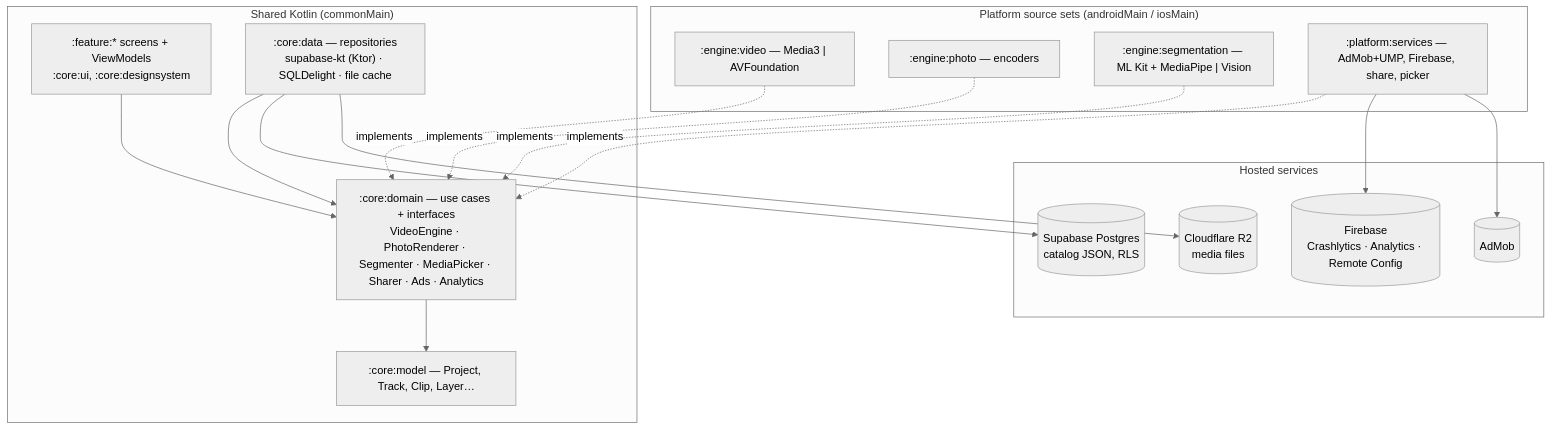
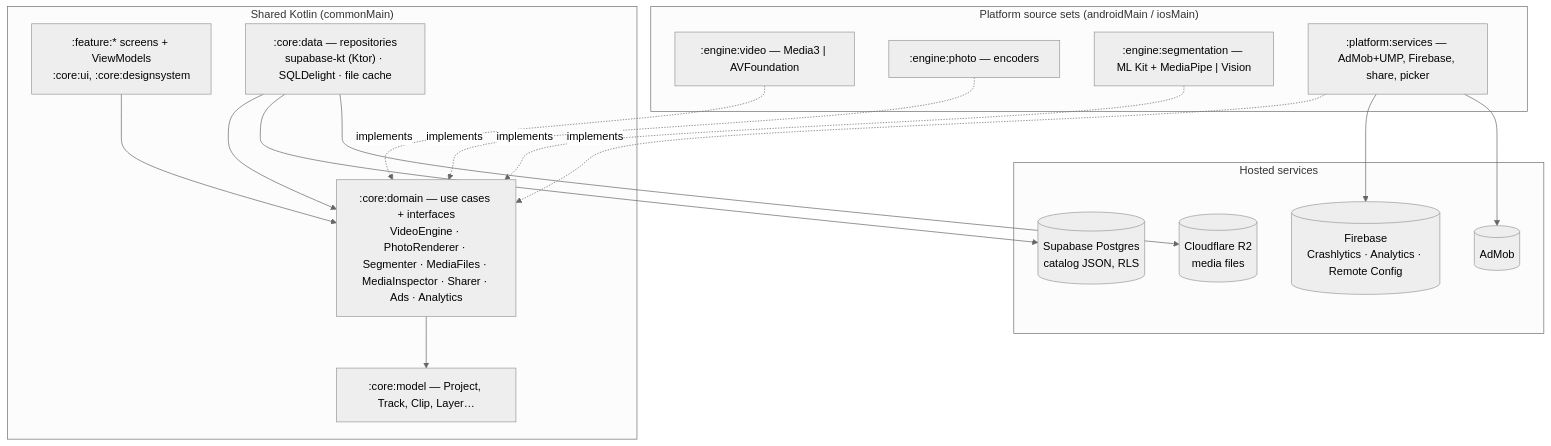
One commit to ahmadpahmiii/memix changed the diagram in docs/TECHNICAL_DESIGN.md. Above: the diagram before and after it, drawn with Mermaid (neutral theme). The commit also changed other lines of this file and 74 other files, not shown here.

````diff
--- a/docs/TECHNICAL_DESIGN.md
+++ b/docs/TECHNICAL_DESIGN.md
@@ -9,32 +9,32 @@
 ```mermaid
 flowchart TB
   subgraph Shared["Shared Kotlin (commonMain)"]
     UI[":feature:* screens + ViewModels<br/>:core:ui, :core:designsystem"]
-    DOM[":core:domain — use cases + interfaces<br/>VideoEngine · PhotoRenderer · Segmenter · MediaPicker · Sharer · Ads · Analytics"]
+    DOM[":core:domain — use cases + interfaces<br/>VideoEngine · PhotoRenderer · Segmenter · MediaFiles · MediaInspector · Sharer · Ads · Analytics"]
     MOD[":core:model — Project, Track, Clip, Layer…"]
     DATA[":core:data — repositories<br/>supabase-kt (Ktor) · SQLDelight · file cache"]
   end
   subgraph Platform["Platform source sets (androidMain / iosMain)"]
     VE[":engine:video — Media3 | AVFoundation"]
     PH[":engine:photo — encoders"]
     SEG[":engine:segmentation — ML Kit + MediaPipe | Vision"]
     SVC[":platform:services — AdMob+UMP, Firebase, share, picker"]
   end
   subgraph Hosted["Hosted services"]
     SB[("Supabase Postgres<br/>catalog JSON, RLS")]
     R2[("Cloudflare R2<br/>media files")]
     FB[("Firebase<br/>Crashlytics · Analytics · Remote Config")]
     ADS[("AdMob")]
   end
   UI --> DOM
   DATA --> DOM
   DOM --> MOD
   VE -. implements .-> DOM
   PH -. implements .-> DOM
   SEG -. implements .-> DOM
   SVC -. implements .-> DOM
   DATA --> SB
   DATA --> R2
   SVC --> FB
   SVC --> ADS
 ```
````
